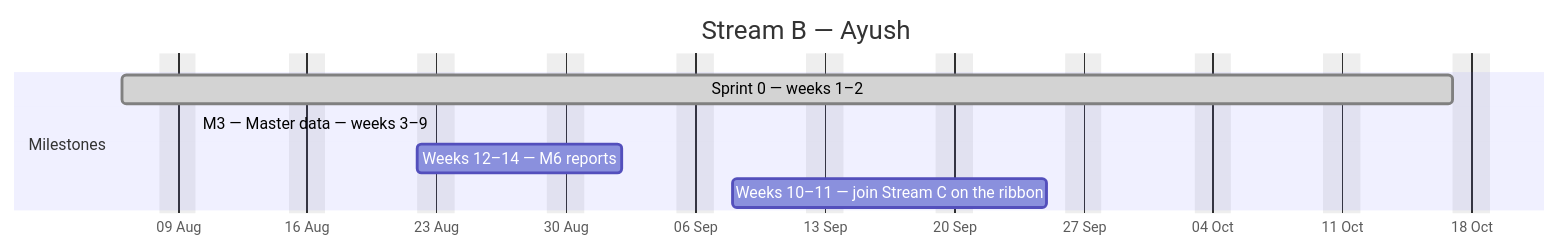
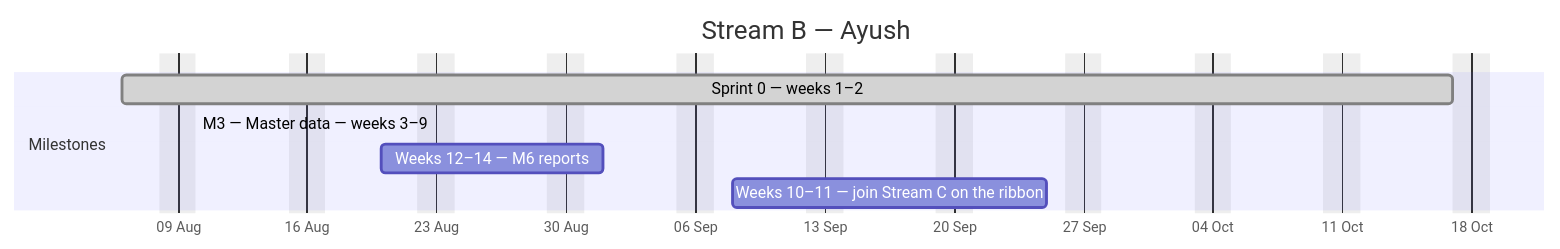
The second of 4 diagrams in docs/plan/GANTT.md (debashisedunext/EduTrack), drawn with Mermaid before and after one commit. The commit also changed other lines of this file and 3 other files, not shown here.

````diff
--- a/docs/plan/GANTT.md
+++ b/docs/plan/GANTT.md
@@ -121,12 +121,12 @@
 ```mermaid
 gantt
     dateFormat YYYY-MM-DD
     axisFormat %d %b
     title Stream B — Ayush
     excludes weekends
     section Milestones
     Sprint 0 — weeks 1–2 :done, b0, 2026-08-06, 52d
     M3 — Master data — weeks 3–9 :active, b1, 2026-08-10, -20d
-    Weeks 12–14 — M6 reports :b2, 2026-08-22, 8d
+    Weeks 12–14 — M6 reports :b2, 2026-08-20, 8d
     Weeks 10–11 — join Stream C on the ribbon :b3, 2026-09-08, 13d
 ```
````
